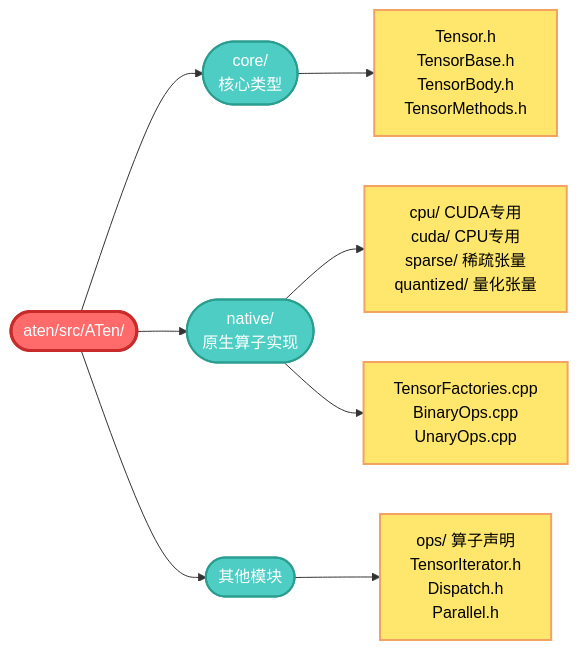
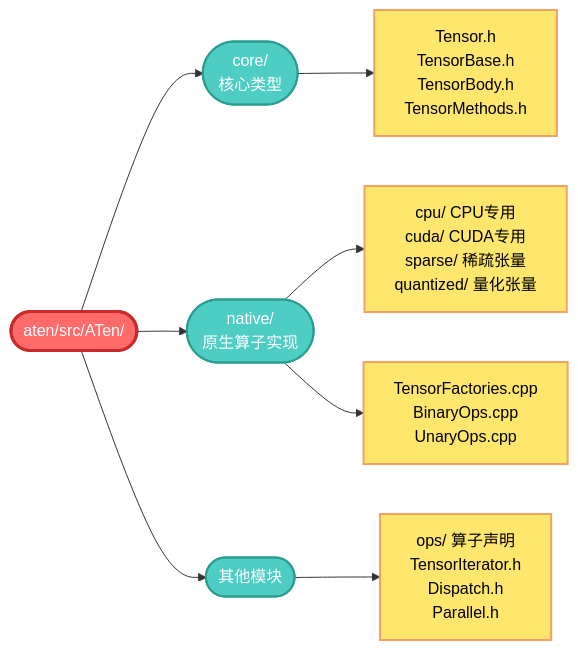
Before and after one commit to bupt-jasmine/bupt-jasmine.github.io: the second of 7 diagrams in _pytorch/2025-12-04-pytorch-04.md, drawn with Mermaid.

Commit message:
fix: 修正ATen目录结构中的描述，调整CPU和CUDA专用子目录的标识

````diff
--- a/_pytorch/2025-12-04-pytorch-04.md
+++ b/_pytorch/2025-12-04-pytorch-04.md
@@ -42,31 +42,31 @@
 ```mermaid
 graph LR
     Root(["aten/src/ATen/"])
     
     Core(["core/<br>核心类型"])
     CoreFiles["Tensor.h<br>TensorBase.h<br>TensorBody.h<br>TensorMethods.h"]
     
     Native(["native/<br>原生算子实现"])
-    NativeSubdirs["cpu/ CUDA专用<br>cuda/ CPU专用<br>sparse/ 稀疏张量<br>quantized/ 量化张量"]
+    NativeSubdirs["cpu/ CPU专用<br>cuda/ CUDA专用<br>sparse/ 稀疏张量<br>quantized/ 量化张量"]
     NativeFiles["TensorFactories.cpp<br>BinaryOps.cpp<br>UnaryOps.cpp"]
     
     Others(["其他模块"])
     OtherFiles["ops/ 算子声明<br>TensorIterator.h<br>Dispatch.h<br>Parallel.h"]
     
     Root --> Core
     Root --> Native
     Root --> Others
     
     Core --> CoreFiles
     Native --> NativeSubdirs
     Native --> NativeFiles
     Others --> OtherFiles
     
     classDef rootClass fill:#FF6B6B,stroke:#C92A2A,color:#fff,stroke-width:3px
     classDef dirClass fill:#4ECDC4,stroke:#2A9D8F,color:#fff,stroke-width:2px
     classDef fileClass fill:#FFE66D,stroke:#F4A261,color:#000,stroke-width:2px
     
     class Root rootClass
     class Core,Native,Others dirClass
     class CoreFiles,NativeSubdirs,NativeFiles,OtherFiles fileClass
 ```
````
